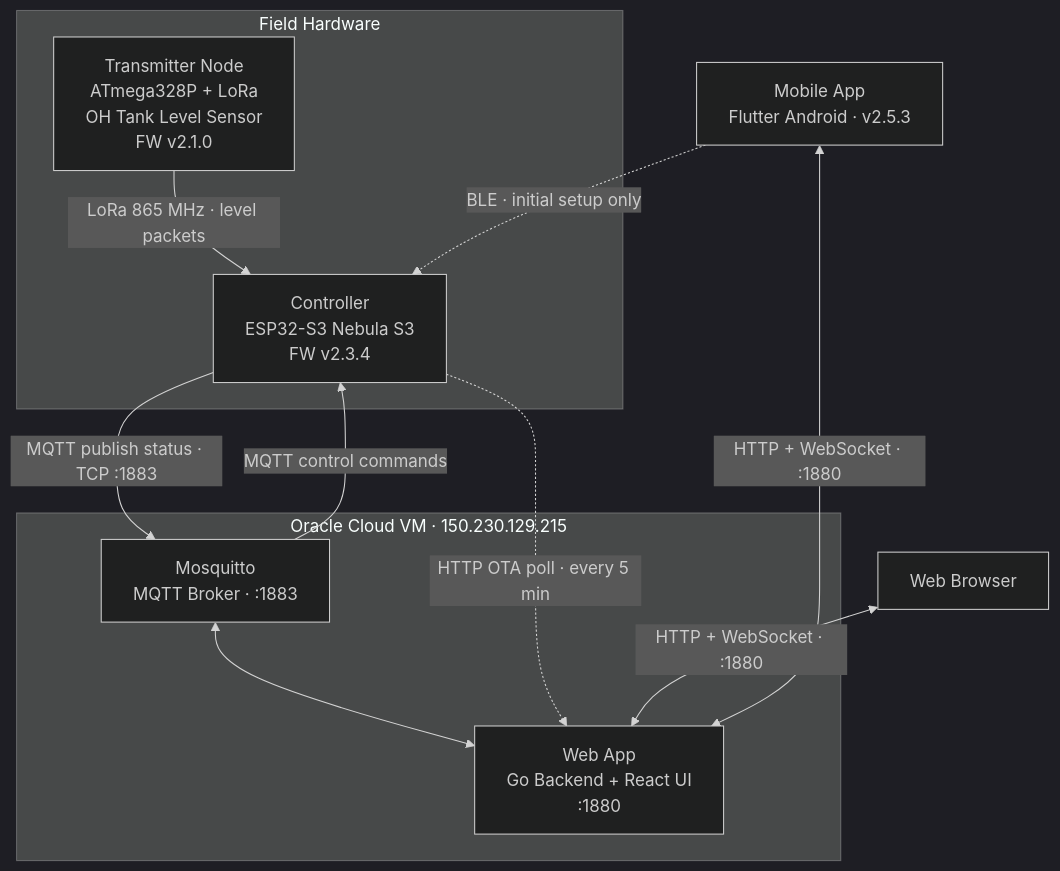
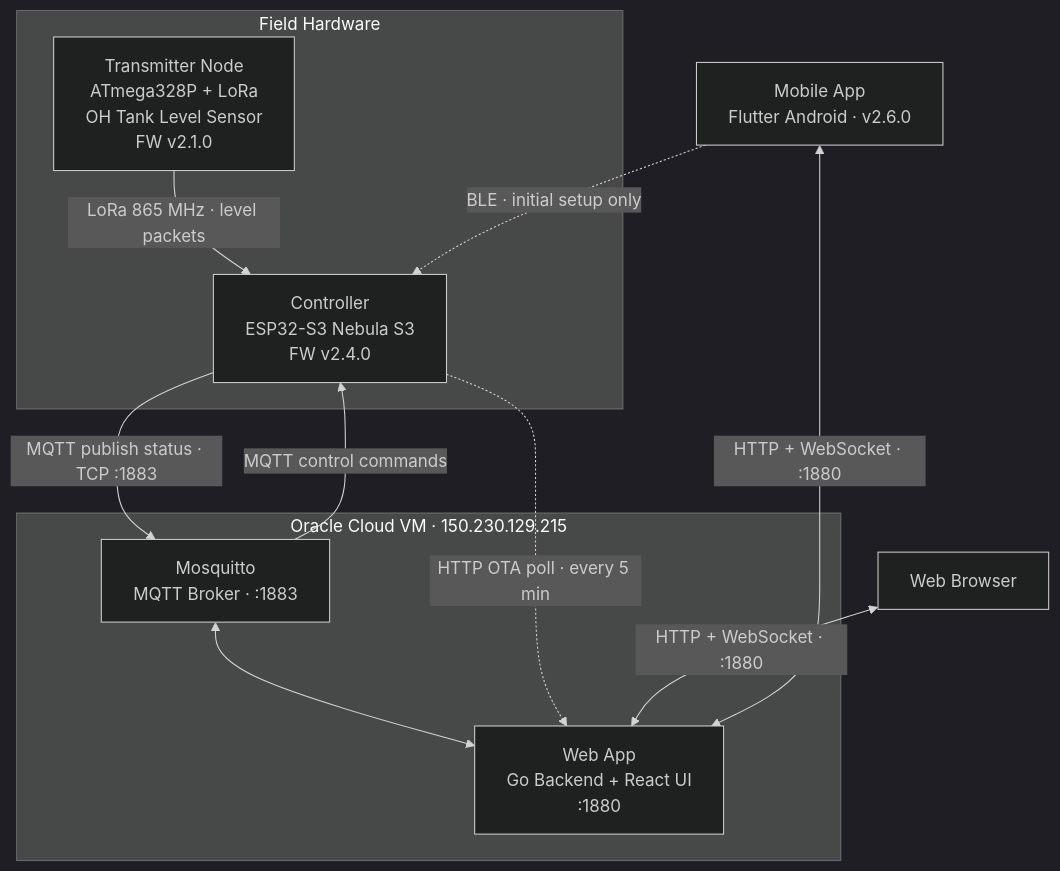
Before and after one commit to nperiannan/TankMonitor: the first of 2 diagrams in README.md, drawn with Mermaid (dark theme). The commit also changed other lines of this file and 22 other files, not shown here.

First line of the commit message:
Release: controller v2.4.0 + mobile v2.6.0

````diff
--- a/README.md
+++ b/README.md
@@ -9,25 +9,25 @@
 ```mermaid
 flowchart TD
     subgraph Field["Field Hardware"]
         TX["Transmitter Node\nATmega328P + LoRa\nOH Tank Level Sensor\nFW v2.1.0"]
-        CTRL["Controller\nESP32-S3 Nebula S3\nFW v2.3.4"]
+        CTRL["Controller\nESP32-S3 Nebula S3\nFW v2.4.0"]
         TX -- "LoRa 865 MHz · level packets" --> CTRL
     end
 
     subgraph Server["Oracle Cloud VM · 150.230.129.215"]
         MQ["Mosquitto\nMQTT Broker · :1883"]
         WEB["Web App\nGo Backend + React UI\n:1880"]
         MQ <--> WEB
     end
 
     CTRL -- "MQTT publish status · TCP :1883" --> MQ
     MQ -- "MQTT control commands" --> CTRL
     CTRL -. "HTTP OTA poll · every 5 min" .-> WEB
 
     BROWSER["Web Browser"]
-    APP["Mobile App\nFlutter Android · v2.5.3"]
+    APP["Mobile App\nFlutter Android · v2.6.0"]
 
     BROWSER <-- "HTTP + WebSocket · :1880" --> WEB
     APP <-- "HTTP + WebSocket · :1880" --> WEB
     APP -. "BLE · initial setup only" .-> CTRL
 ```
````
